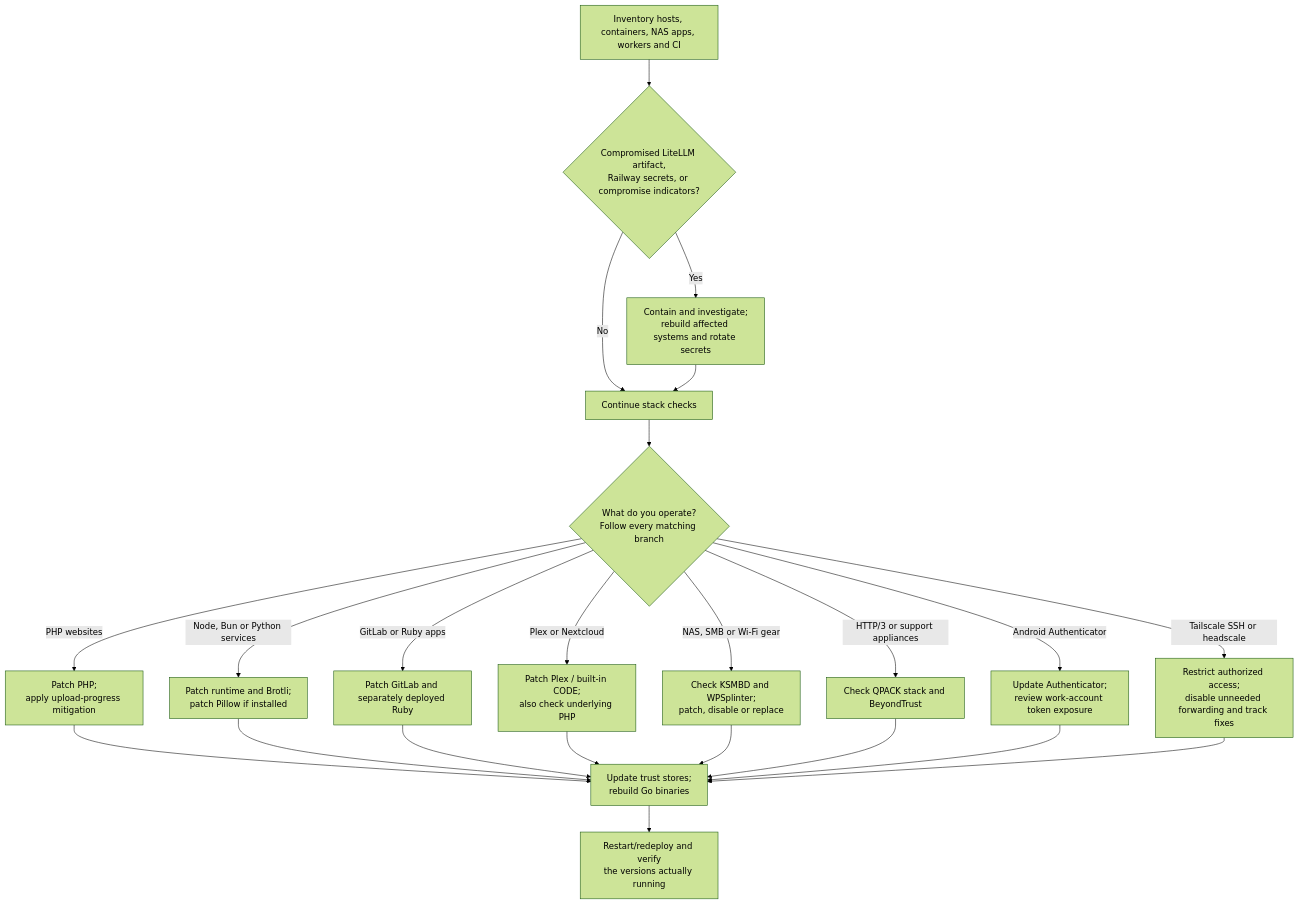
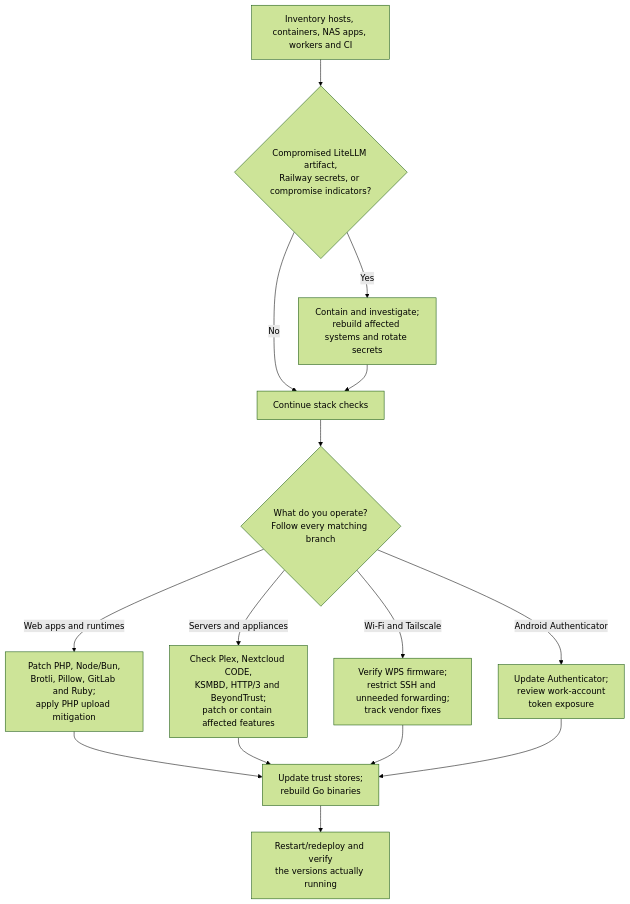
Before and after one commit to justinfiore/security-research: the diagram in black-october/black-october-2026.md, drawn with Mermaid (forest theme). The commit also changed 1 other file, not shown here.

Commit message:
Keep the expanded stack decision diagram readable
Group diagram branches while retaining the individual patch-action table.

Amp-Thread-ID: https://ampcode.com/threads/T-01a17338-0ac4-742d-b449-3f43005f7d41

````diff
--- a/black-october/black-october-2026.md
+++ b/black-october/black-october-2026.md
@@ -686,27 +686,19 @@
 ```mermaid
 flowchart TD
     A["Inventory hosts, containers, NAS apps, workers and CI"] --> B{"Compromised LiteLLM artifact,<br/>Railway secrets, or compromise indicators?"}
     B -->|Yes| C["Contain and investigate;<br/>rebuild affected systems and rotate secrets"]
     B -->|No| D["Continue stack checks"]
     C --> D
 
     D --> E{"What do you operate?<br/>Follow every matching branch"}
-    E -->|PHP websites| F["Patch PHP;<br/>apply upload-progress mitigation"]
-    E -->|Node, Bun or Python services| G["Patch runtime and Brotli;<br/>patch Pillow if installed"]
-    E -->|GitLab or Ruby apps| H["Patch GitLab and separately deployed Ruby"]
-    E -->|Plex or Nextcloud| I["Patch Plex / built-in CODE;<br/>also check underlying PHP"]
-    E -->|NAS, SMB or Wi-Fi gear| J["Check KSMBD and WPSplinter;<br/>patch, disable or replace"]
-    E -->|HTTP/3 or support appliances| K["Check QPACK stack and BeyondTrust"]
-    E -->|Android Authenticator| N["Update Authenticator;<br/>review work-account token exposure"]
-    E -->|Tailscale SSH or headscale| O["Restrict authorized access;<br/>disable unneeded forwarding and track fixes"]
+    E -->|Web apps and runtimes| F["Patch PHP, Node/Bun,<br/>Brotli, Pillow, GitLab and Ruby;<br/>apply PHP upload mitigation"]
+    E -->|Servers and appliances| I["Check Plex, Nextcloud CODE,<br/>KSMBD, HTTP/3 and BeyondTrust;<br/>patch or contain affected features"]
+    E -->|Wi-Fi and Tailscale| J["Verify WPS firmware;<br/>restrict SSH and unneeded forwarding;<br/>track vendor fixes"]
+    E -->|Android Authenticator| N["Update Authenticator;<br/>review work-account<br/>token exposure"]
 
     F --> L["Update trust stores;<br/>rebuild Go binaries"]
-    G --> L
-    H --> L
     I --> L
     J --> L
-    K --> L
     N --> L
-    O --> L
     L --> M["Restart/redeploy and verify<br/>the versions actually running"]
 ```
````
